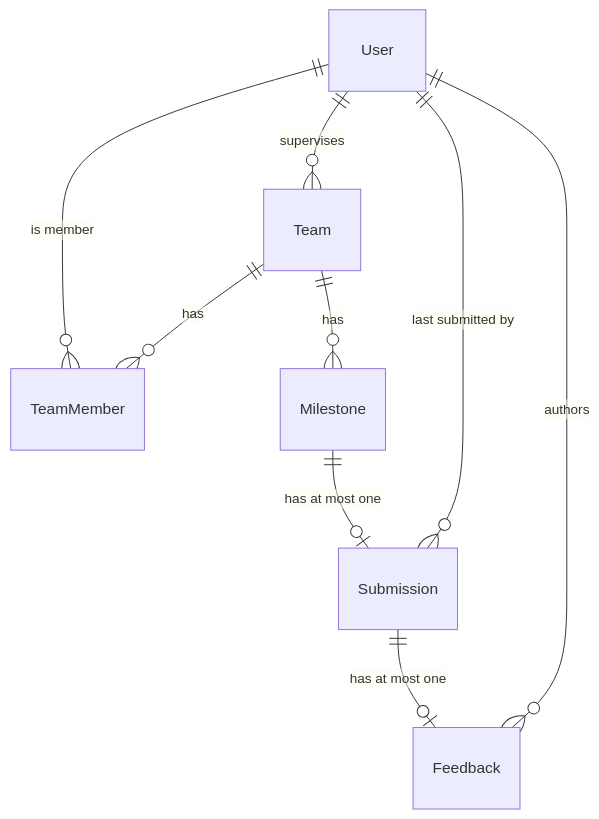
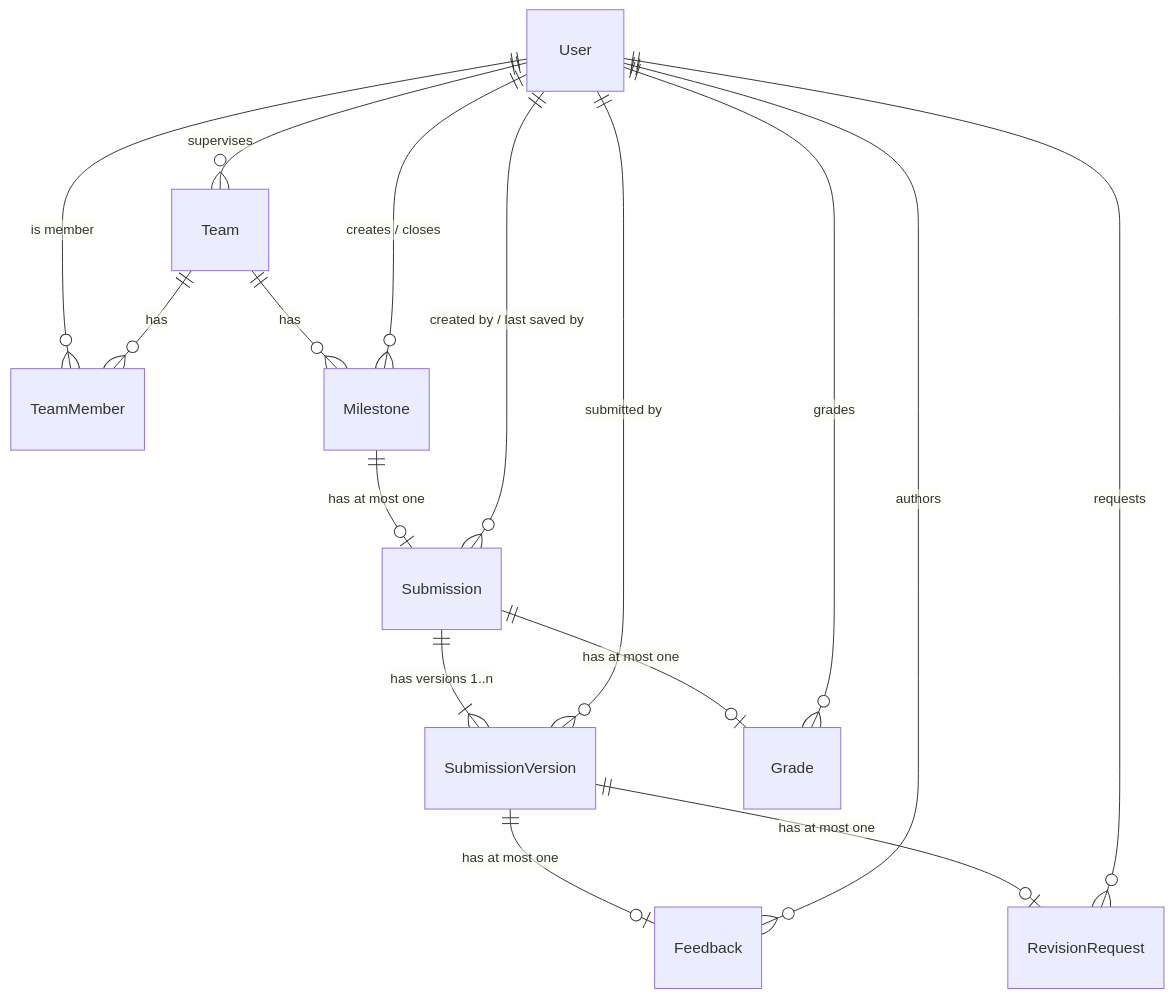
One commit to KanPhacharawat/softwareengineering-project changed the second of 3 diagrams in docs/system-sds.md. Above: the diagram before and after it, drawn with Mermaid. The commit also changed other lines of this file, not shown here.

First line of the commit message:
docs(sds): Sprint 2 data model, ER diagram, endpoints, error codes and migration list Refs #75

````diff
--- a/docs/system-sds.md
+++ b/docs/system-sds.md
@@ -46,11 +46,18 @@
 ```mermaid
 erDiagram
   User ||--o{ TeamMember : "is member"
   Team ||--o{ TeamMember : has
   User ||--o{ Team : supervises
   Team ||--o{ Milestone : has
+  User ||--o{ Milestone : "creates / closes"
   Milestone ||--o| Submission : "has at most one"
-  Submission ||--o| Feedback : "has at most one"
-  User ||--o{ Submission : "last submitted by"
+  Submission ||--|{ SubmissionVersion : "has versions 1..n"
+  SubmissionVersion ||--o| Feedback : "has at most one"
+  SubmissionVersion ||--o| RevisionRequest : "has at most one"
+  Submission ||--o| Grade : "has at most one"
+  User ||--o{ Submission : "created by / last saved by"
+  User ||--o{ SubmissionVersion : "submitted by"
   User ||--o{ Feedback : authors
+  User ||--o{ RevisionRequest : requests
+  User ||--o{ Grade : grades
 ```
````
